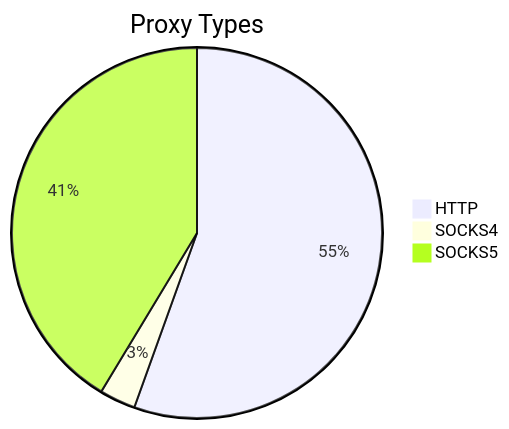
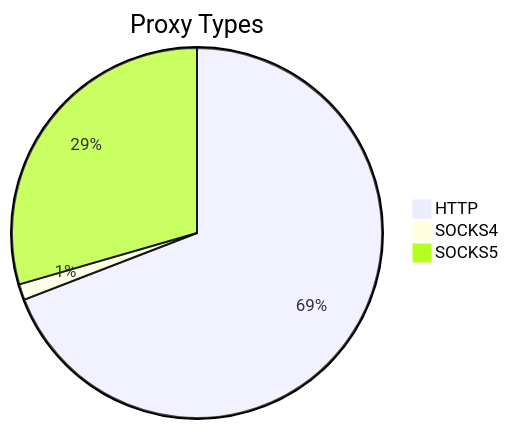
The first of 2 diagrams in README.md (stormsia/proxy-list), drawn with Mermaid before and after one commit. The commit also changed other lines of this file, not shown here.

````diff
--- a/README.md
+++ b/README.md
@@ -21,6 +21,6 @@
 ```mermaid
 pie title Proxy Types
-    "HTTP" : 1955
-    "SOCKS4" : 111
-    "SOCKS5" : 1457
+    "HTTP" : 1799
+    "SOCKS4" : 36
+    "SOCKS5" : 767
 ```
````
